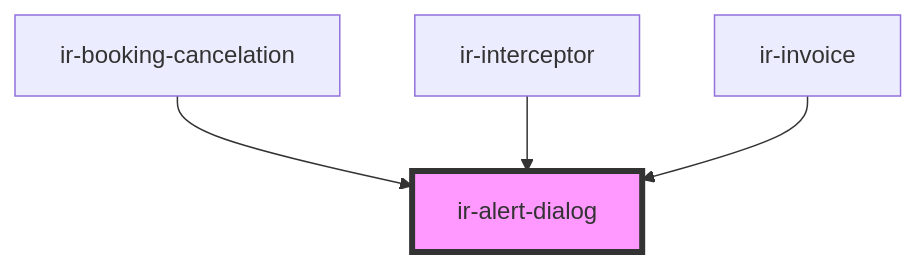
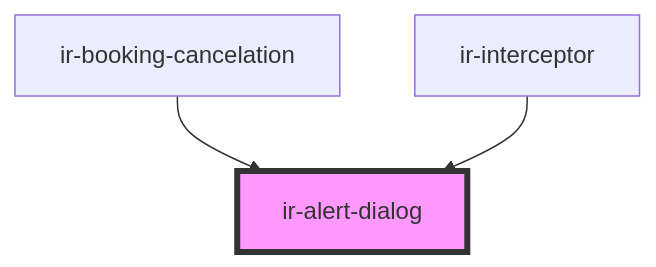
One commit to RonyRizk/ir-be changed the diagram in src/components/ui/ir-alert-dialog/readme.md. Above: the diagram before and after it, drawn with Mermaid. The commit also changed other lines of this file and 144 other files, not shown here.

````diff
--- a/src/components/ui/ir-alert-dialog/readme.md
+++ b/src/components/ui/ir-alert-dialog/readme.md
@@ -40,7 +39,6 @@
 ```mermaid
 graph TD;
   ir-booking-cancelation --> ir-alert-dialog
   ir-interceptor --> ir-alert-dialog
-  ir-invoice --> ir-alert-dialog
   style ir-alert-dialog fill:#f9f,stroke:#333,stroke-width:4px
 ```
````
